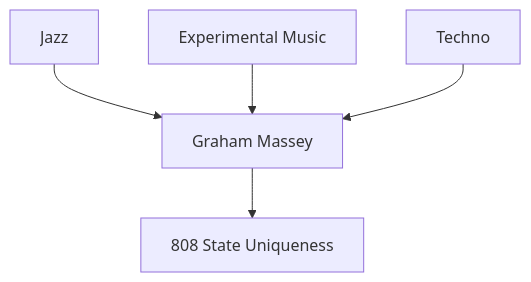
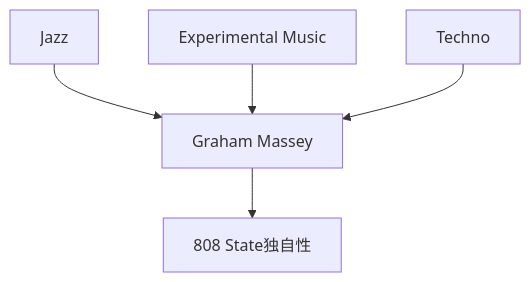
Diagram 11 of 17 in en/_posts/2026-05-24-column-808-state.md (monumental-movement/monumental-movement.github.io), drawn with Mermaid before and after one commit. The commit also changed other lines of this file and 2196 other files, not shown here.

```diff
--- a/en/_posts/2026-05-24-column-808-state.md
+++ b/en/_posts/2026-05-24-column-808-state.md
@@ -410,7 +409,7 @@
 <div class="mermaid">
 flowchart TD
 A[Jazz] --> D[Graham Massey]
 B[Experimental Music] --> D
 C[Techno] --> D
-D --> E[808 State Uniqueness]
+D --> E[808 State独自性]
 </div>
```
